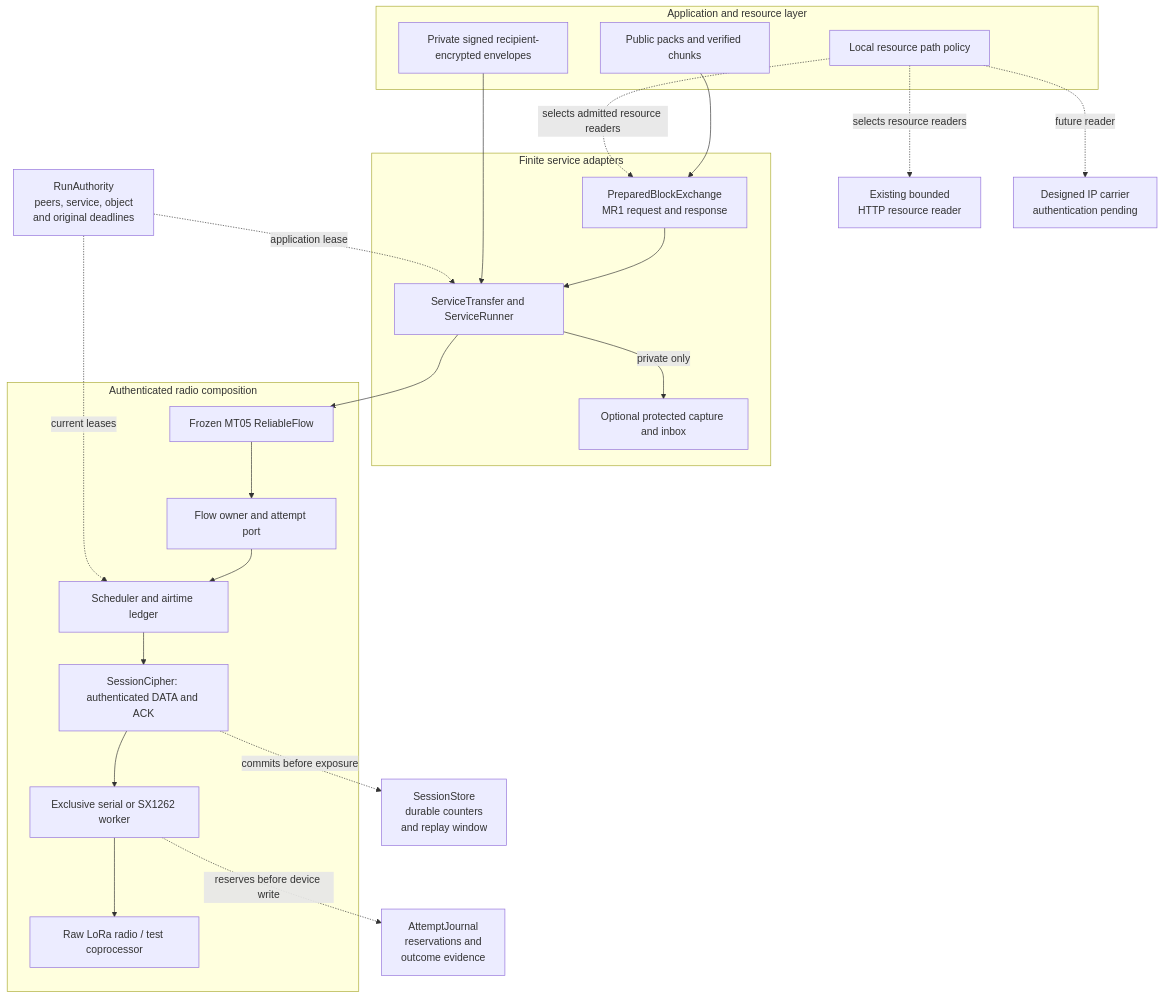
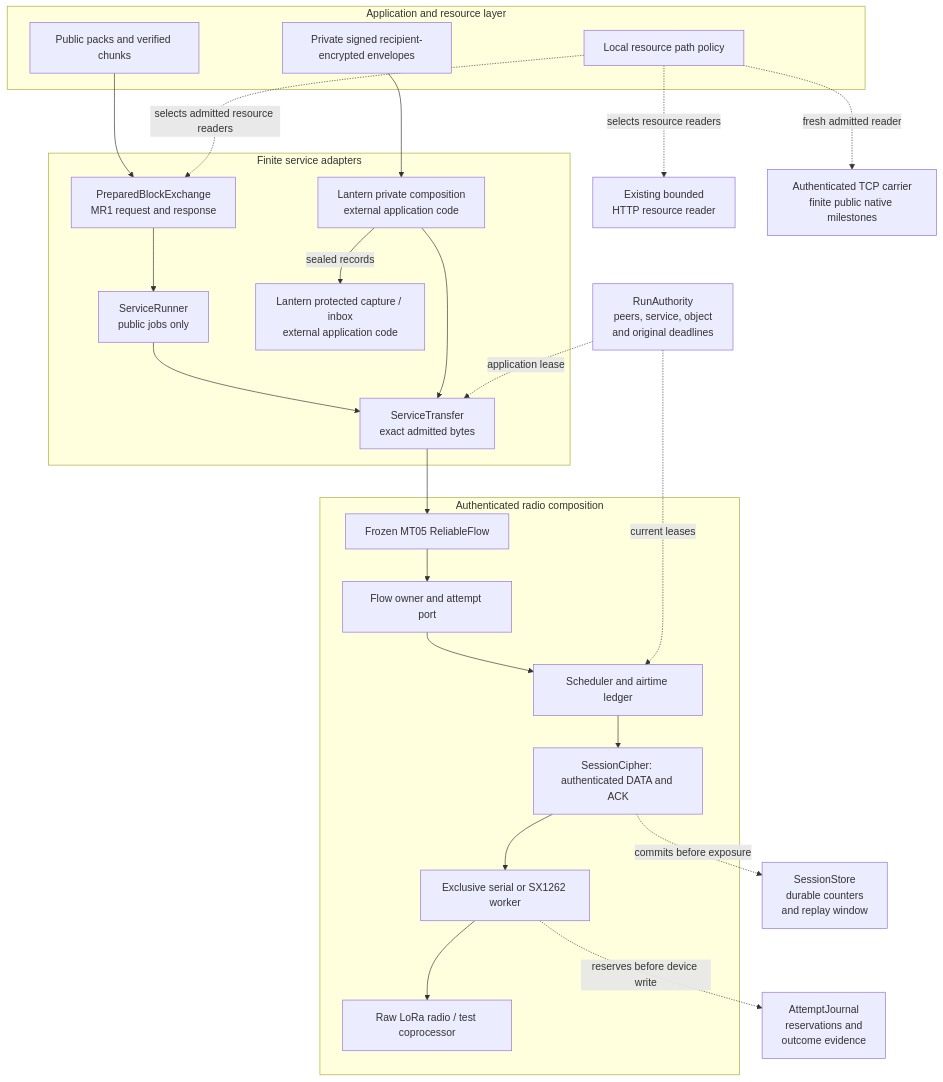
The first of 3 diagrams in docs/ARCHITECTURE.md (l33tdawg/meshticulum), drawn with Mermaid before and after one commit. The commit also changed other lines of this file and 178 other files, not shown here.

````diff
--- a/docs/ARCHITECTURE.md
+++ b/docs/ARCHITECTURE.md
@@ -11,41 +17,43 @@
 ```mermaid
 flowchart TB
     subgraph Application[Application and resource layer]
         Resources["Public packs and verified chunks"]
         Envelopes["Private signed recipient-encrypted envelopes"]
         Policy["Local resource path policy"]
     end
 
     subgraph Service[Finite service adapters]
-        Transfer["ServiceTransfer and ServiceRunner"]
+        Transfer["ServiceTransfer<br/>exact admitted bytes"]
+        Runner["ServiceRunner<br/>public jobs only"]
         Blocks["PreparedBlockExchange<br/>MR1 request and response"]
-        Capture["Optional protected capture and inbox"]
+        Private["Lantern private composition<br/>external application code"]
+        Capture["Lantern protected capture / inbox<br/>external application code"]
     end
 
     subgraph Transport[Authenticated radio composition]
         Flow["Frozen MT05 ReliableFlow"]
         Port["Flow owner and attempt port"]
         Scheduler["Scheduler and airtime ledger"]
         Wire["SessionCipher: authenticated DATA and ACK"]
         Worker["Exclusive serial or SX1262 worker"]
         Radio["Raw LoRa radio / test coprocessor"]
     end
 
     Authority["RunAuthority<br/>peers, service, object<br/>and original deadlines"]
     Replay["SessionStore<br/>durable counters<br/>and replay window"]
     Attempts["AttemptJournal<br/>reservations and<br/>outcome evidence"]
     HTTP["Existing bounded<br/>HTTP resource reader"]
-    IP["Designed IP carrier<br/>authentication pending"]
+    IP["Authenticated TCP carrier<br/>finite public native milestones"]
 
-    Resources --> Blocks --> Transfer
-    Envelopes --> Transfer
+    Resources --> Blocks --> Runner --> Transfer
+    Envelopes --> Private --> Transfer
     Transfer --> Flow --> Port --> Scheduler --> Wire --> Worker --> Radio
-    Transfer -->|private only| Capture
+    Private -->|sealed records| Capture
     Policy -. selects admitted resource readers .-> Blocks
     Policy -. selects resource readers .-> HTTP
-    Policy -. future reader .-> IP
+    Policy -. fresh admitted reader .-> IP
     Authority -. current leases .-> Scheduler
     Authority -. application lease .-> Transfer
     Wire -. commits before exposure .-> Replay
     Worker -. reserves before device write .-> Attempts
 ```
````
